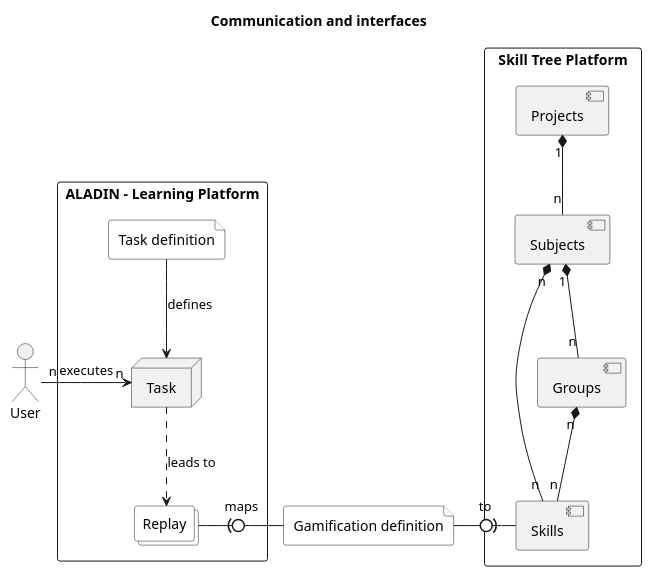
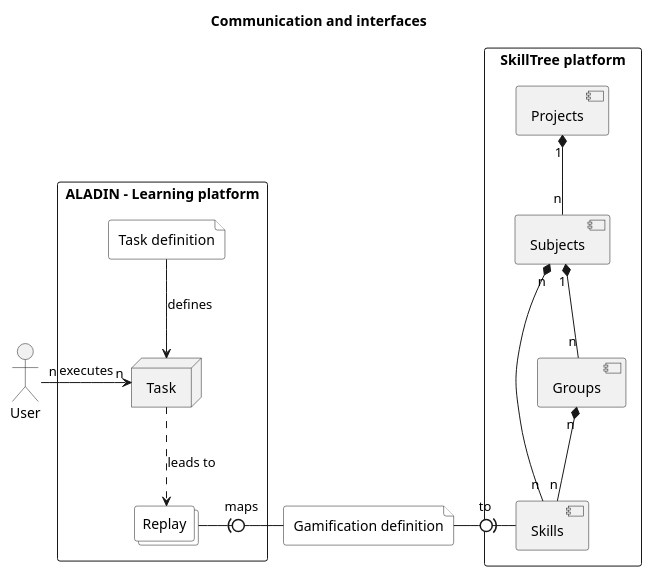
One commit to a-schulz/aladin_GAMIFY changed the diagram in diagrams/communication_interfaces.puml. Above: the diagram before and after it, drawn with PlantUML. The commit also changed 8 other files, not shown here.

Commit message:
added/updated diagrams, readme, removed separate file for link. Link now in README.md

```diff
--- a/diagrams/communication_interfaces.puml
+++ b/diagrams/communication_interfaces.puml
@@ -1,33 +1,33 @@
-@startuml
+@startuml communication_interfaces
 
 skinparam monochrome true
 
 title "Communication and interfaces"
 
 "User" as U
 
-rectangle "ALADIN - Learning Platform" {
+rectangle "ALADIN - Learning platform" {
   file "Task definition" as TD #white
   node "Task" as T
   collections "Replay" as RP #white
 }
 
 file "Gamification definition" as GD #white
 
-rectangle "Skill Tree Platform" {
+rectangle "SkillTree platform" {
   [Projects]
   [Subjects]
   [Groups]
   [Skills]
 }
 T ..> RP : leads to
 TD --> T : defines
 RP -right(0- GD : maps
 GD -right0)- [Skills]: to
 T "n" <-l- "n" U : executes
 [Projects] "1" *-- "n" [Subjects]
 [Subjects] "1" *-- "n" [Groups]
 [Groups] "n" *-- "n" [Skills]
 [Subjects] "n" *-- "n" [Skills]
 
 @enduml
```
